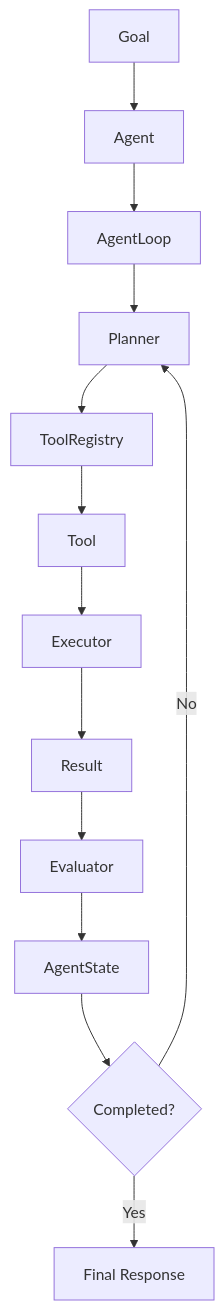
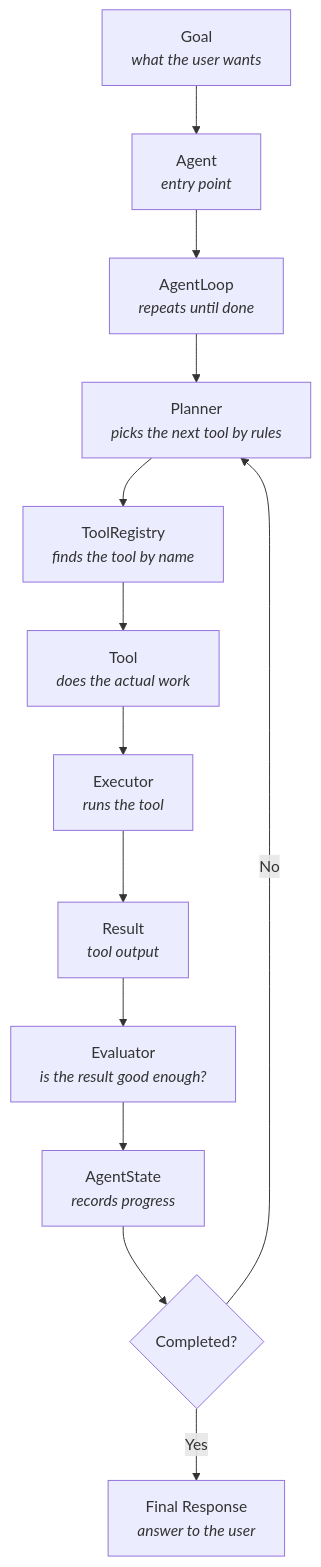
Before and after one commit to YashzAlphaGeek/agent-engineering-lab: the second of 6 diagrams in README.md, drawn with Mermaid. The commit also changed other lines of this file and 45 other files, not shown here.

Commit message:
added interface for model based and rule based approach and mermaid fixes

````diff
--- a/README.md
+++ b/README.md
@@ -119,16 +134,16 @@
 ```mermaid
 flowchart TD
 
-    G[Goal] --> A[Agent]
-    A --> L[AgentLoop]
-    L --> P[Planner]
-    P --> R[ToolRegistry]
-    R --> T[Tool]
-    T --> E[Executor]
-    E --> RES[Result]
-    RES --> EV[Evaluator]
-    EV --> S[AgentState]
-    S --> C{Completed?}
+    G["Goal<br/><i>what the user wants</i>"] --> A["Agent<br/><i>entry point</i>"]
+    A --> L["AgentLoop<br/><i>repeats until done</i>"]
+    L --> P["Planner<br/><i>picks the next tool by rules</i>"]
+    P --> R["ToolRegistry<br/><i>finds the tool by name</i>"]
+    R --> T["Tool<br/><i>does the actual work</i>"]
+    T --> E["Executor<br/><i>runs the tool</i>"]
+    E --> RES["Result<br/><i>tool output</i>"]
+    RES --> EV["Evaluator<br/><i>is the result good enough?</i>"]
+    EV --> S["AgentState<br/><i>records progress</i>"]
+    S --> C{"Completed?"}
     C -->|No| P
-    C -->|Yes| F[Final Response]
+    C -->|Yes| F["Final Response<br/><i>answer to the user</i>"]
 ```
````
